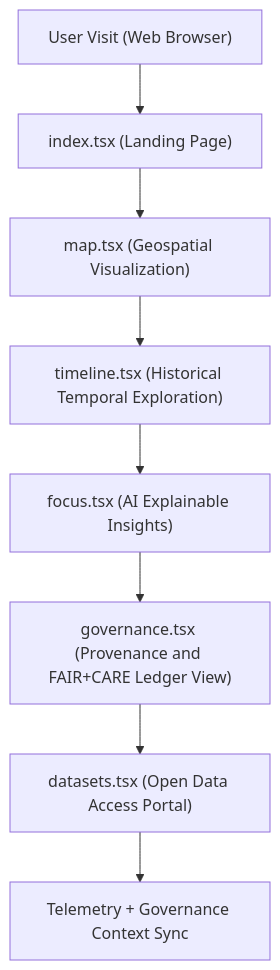
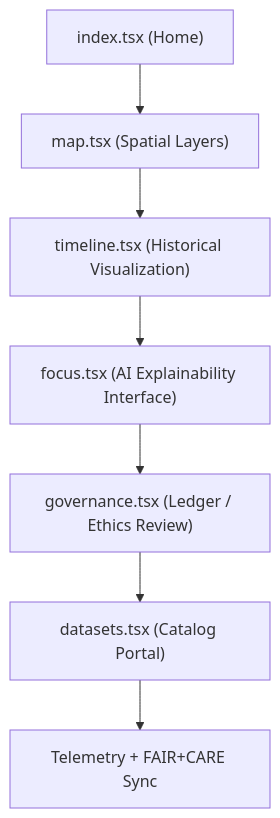
The diagram in web/src/pages/README.md (bartytime4life/Kansas-Frontier-Matrix), drawn with Mermaid before and after one commit. The commit also changed other lines of this file, not shown here.

````diff
--- a/web/src/pages/README.md
+++ b/web/src/pages/README.md
@@ -66,10 +57,9 @@
 ```mermaid
 flowchart TD
-    A["User Visit (Web Browser)"] --> B["index.tsx (Landing Page)"]
-    B --> C["map.tsx (Geospatial Visualization)"]
-    C --> D["timeline.tsx (Historical Temporal Exploration)"]
-    D --> E["focus.tsx (AI Explainable Insights)"]
-    E --> F["governance.tsx (Provenance and FAIR+CARE Ledger View)"]
-    F --> G["datasets.tsx (Open Data Access Portal)"]
-    G --> H["Telemetry + Governance Context Sync"]
+A["index.tsx (Home)"] --> B["map.tsx (Spatial Layers)"]
+B --> C["timeline.tsx (Historical Visualization)"]
+C --> D["focus.tsx (AI Explainability Interface)"]
+D --> E["governance.tsx (Ledger / Ethics Review)"]
+E --> F["datasets.tsx (Catalog Portal)"]
+F --> G["Telemetry + FAIR+CARE Sync"]
 ```
````
